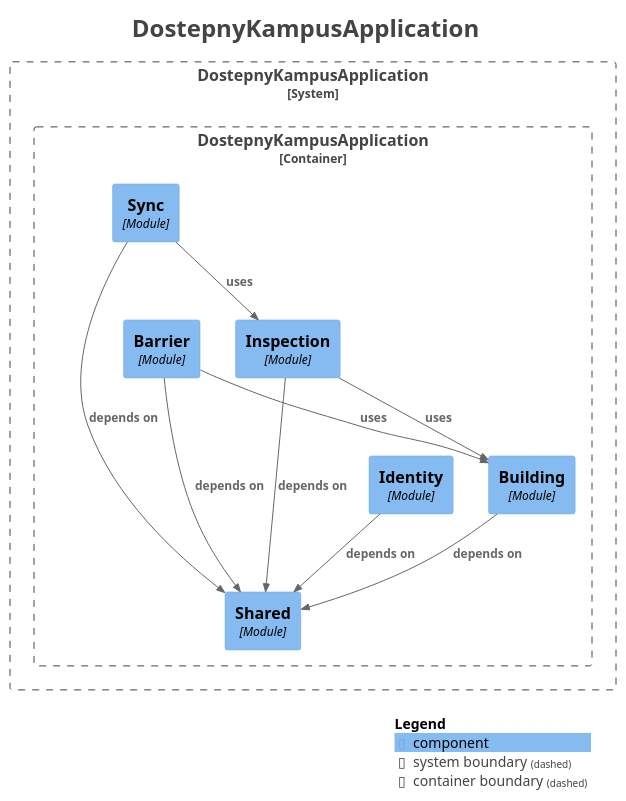
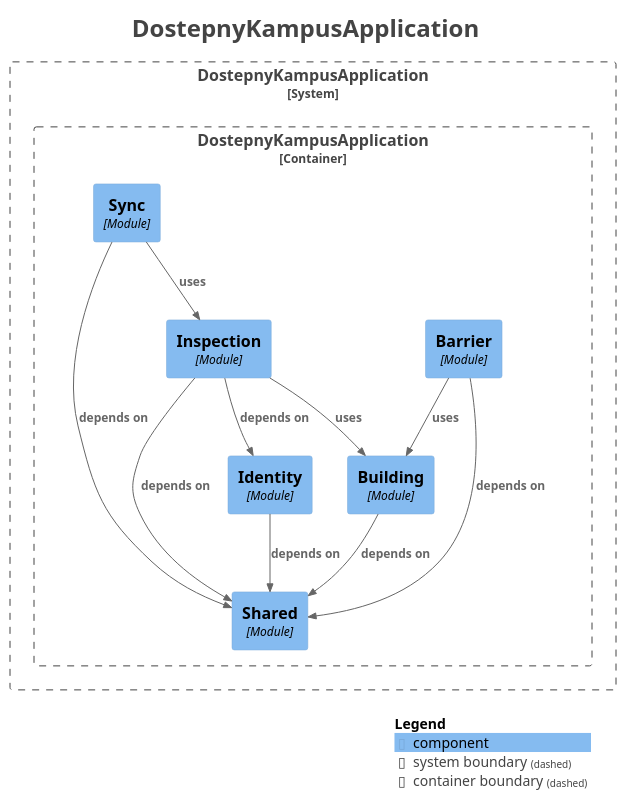
The diagram in docs/docs/architektura/moduly-serwera.iuml (dostepny-kampus/dostepny-kampus), drawn with PlantUML before and after one commit. The commit also changed 13 other files, not shown here.

```diff
--- a/docs/docs/architektura/moduly-serwera.iuml
+++ b/docs/docs/architektura/moduly-serwera.iuml
@@ -1,41 +1,42 @@
 @startuml
 title <size:24>DostepnyKampusApplication</size>
 
 set separator none
 top to bottom direction
 
 <style>
   root {
     BackgroundColor: #ffffff
     FontColor: #444444
   }
 </style>
 
 !include <C4/C4>
 !include <C4/C4_Context>
 !include <C4/C4_Component>
 
 System_Boundary("DostepnyKampusApplication_boundary", "DostepnyKampusApplication", $tags="") {
   Container_Boundary("DostepnyKampusApplication.DostepnyKampusApplication_boundary", "DostepnyKampusApplication", $tags="") {
     Component(DostepnyKampusApplication.DostepnyKampusApplication.Shared, "Shared", $techn="Module", $descr="", $tags="", $link="")
     Component(DostepnyKampusApplication.DostepnyKampusApplication.Building, "Building", $techn="Module", $descr="", $tags="", $link="")
     Component(DostepnyKampusApplication.DostepnyKampusApplication.Barrier, "Barrier", $techn="Module", $descr="", $tags="", $link="")
     Component(DostepnyKampusApplication.DostepnyKampusApplication.Identity, "Identity", $techn="Module", $descr="", $tags="", $link="")
     Component(DostepnyKampusApplication.DostepnyKampusApplication.Inspection, "Inspection", $techn="Module", $descr="", $tags="", $link="")
     Component(DostepnyKampusApplication.DostepnyKampusApplication.Sync, "Sync", $techn="Module", $descr="", $tags="", $link="")
   }
 
 }
 
 Rel(DostepnyKampusApplication.DostepnyKampusApplication.Building, DostepnyKampusApplication.DostepnyKampusApplication.Shared, "depends on", $techn="", $tags="", $link="")
 Rel(DostepnyKampusApplication.DostepnyKampusApplication.Barrier, DostepnyKampusApplication.DostepnyKampusApplication.Shared, "depends on", $techn="", $tags="", $link="")
 Rel(DostepnyKampusApplication.DostepnyKampusApplication.Barrier, DostepnyKampusApplication.DostepnyKampusApplication.Building, "uses", $techn="", $tags="", $link="")
 Rel(DostepnyKampusApplication.DostepnyKampusApplication.Identity, DostepnyKampusApplication.DostepnyKampusApplication.Shared, "depends on", $techn="", $tags="", $link="")
 Rel(DostepnyKampusApplication.DostepnyKampusApplication.Inspection, DostepnyKampusApplication.DostepnyKampusApplication.Shared, "depends on", $techn="", $tags="", $link="")
 Rel(DostepnyKampusApplication.DostepnyKampusApplication.Inspection, DostepnyKampusApplication.DostepnyKampusApplication.Building, "uses", $techn="", $tags="", $link="")
 Rel(DostepnyKampusApplication.DostepnyKampusApplication.Sync, DostepnyKampusApplication.DostepnyKampusApplication.Shared, "depends on", $techn="", $tags="", $link="")
 Rel(DostepnyKampusApplication.DostepnyKampusApplication.Sync, DostepnyKampusApplication.DostepnyKampusApplication.Inspection, "uses", $techn="", $tags="", $link="")
+Rel(DostepnyKampusApplication.DostepnyKampusApplication.Inspection, DostepnyKampusApplication.DostepnyKampusApplication.Identity, "depends on", $techn="", $tags="", $link="")
 
 SHOW_LEGEND(true)
 hide stereotypes
 @enduml
```
